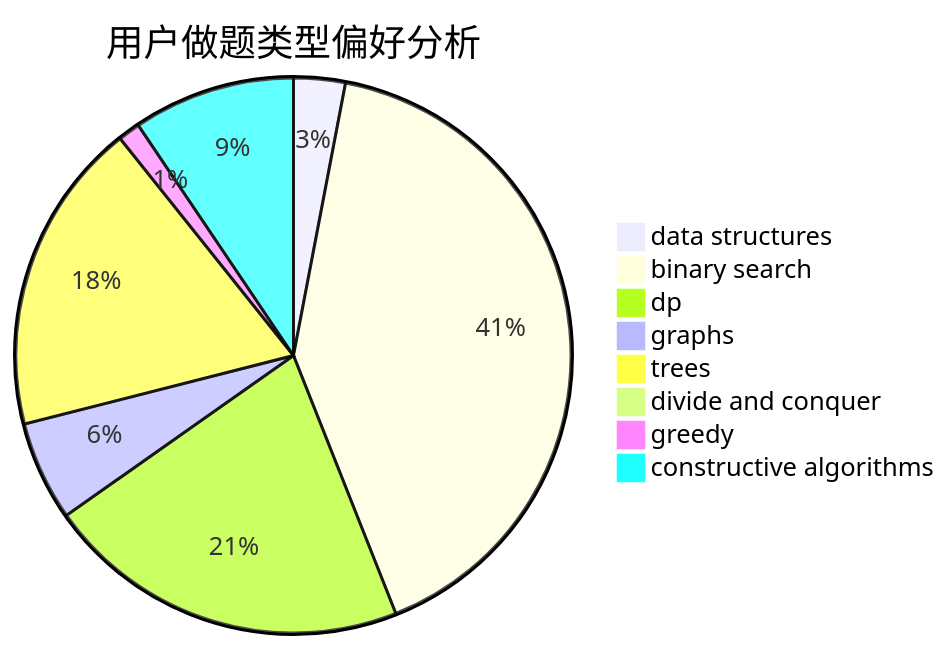
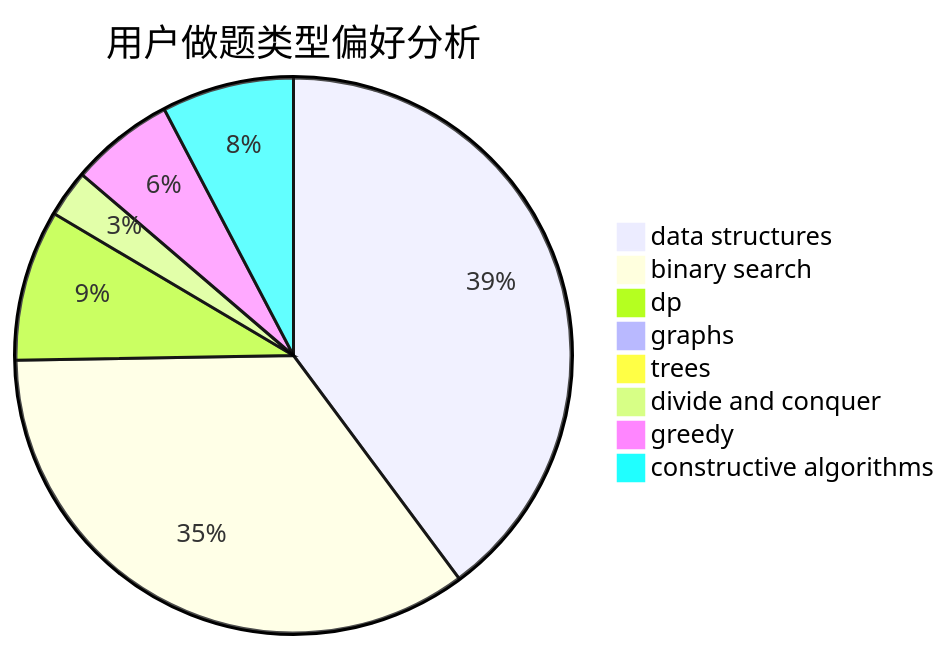
Before and after one commit to sherpahu/cfrs.github.io: the second of 3 diagrams in docs/user/u2680.md, drawn with Mermaid. The commit also changed other lines of this file and 2770 other files, not shown here.

````diff
--- a/docs/user/u2680.md
+++ b/docs/user/u2680.md
@@ -23,11 +23,11 @@
 ```mermaid
 pie title 用户做题类型偏好分析
-    "data structures" :  14
-    "binary search" :  191
-    "dp" :  99
-    "graphs" :  27
-    "trees" :  85
-    "divide and conquer" :  0
-    "greedy" :  6
-    "constructive algorithms" :  44
+    "data structures" :  145
+    "binary search" :  127
+    "dp" :  32
+    "graphs" :  2
+    "trees" :  2
+    "divide and conquer" :  10
+    "greedy" :  22
+    "constructive algorithms" :  28
 ```
````
